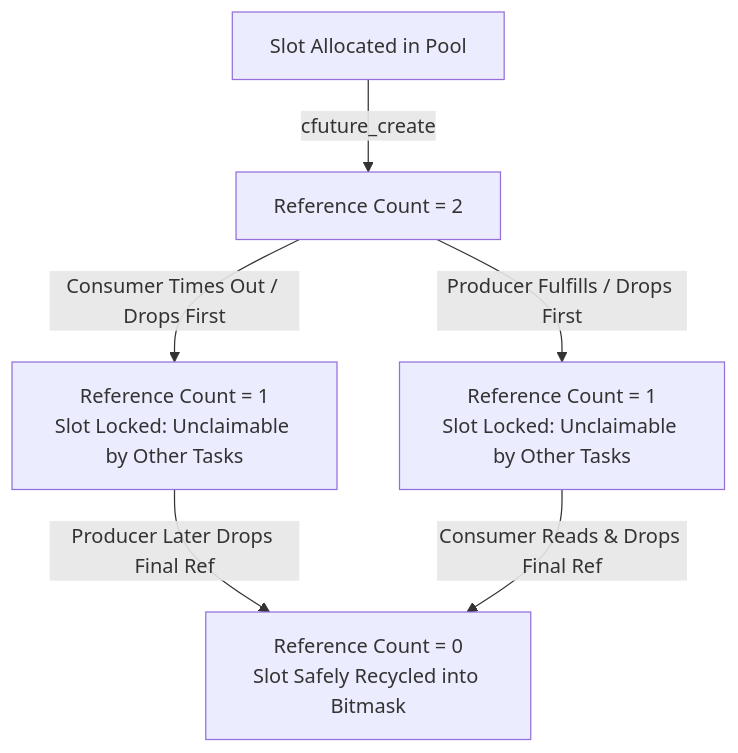
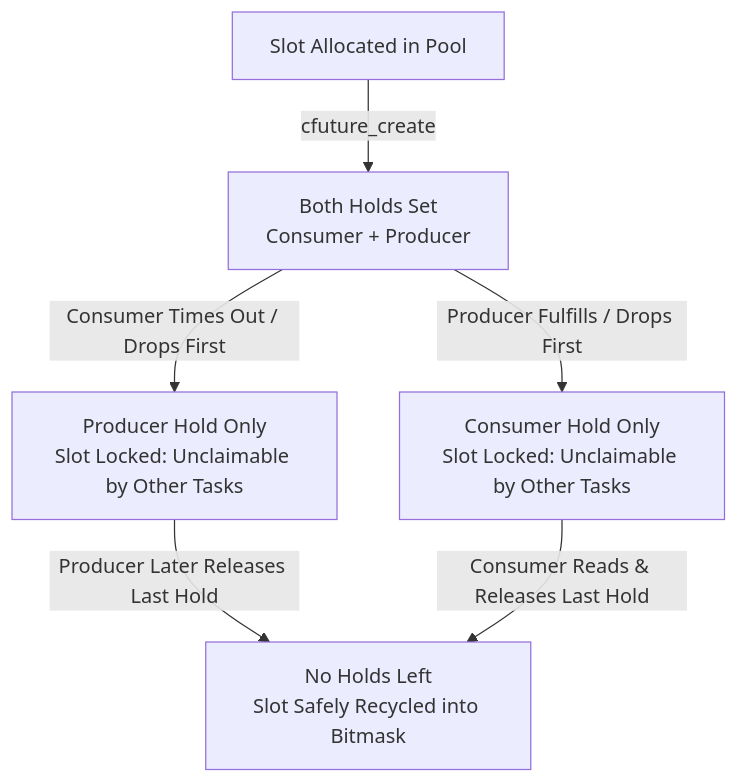
Before and after one commit to Mrunmoy/janus: the first of 6 diagrams in README.md, drawn with Mermaid. The commit also changed other lines of this file and 7 other files, not shown here.

Commit message:
docs: replace reference-count wording with hold bits and fix all stale claims

````diff
--- a/README.md
+++ b/README.md
@@ -207,10 +207,10 @@
 ```mermaid
 graph TD
-    INIT[Slot Allocated in Pool] -->|cfuture_create| RC2[Reference Count = 2]
+    INIT[Slot Allocated in Pool] -->|cfuture_create| RC2[Both Holds Set<br/>Consumer + Producer]
     
-    RC2 -->|Consumer Times Out / Drops First| RC1_CONS[Reference Count = 1<br/>Slot Locked: Unclaimable by Other Tasks]
-    RC2 -->|Producer Fulfills / Drops First| RC1_PROD[Reference Count = 1<br/>Slot Locked: Unclaimable by Other Tasks]
+    RC2 -->|Consumer Times Out / Drops First| RC1_CONS[Producer Hold Only<br/>Slot Locked: Unclaimable by Other Tasks]
+    RC2 -->|Producer Fulfills / Drops First| RC1_PROD[Consumer Hold Only<br/>Slot Locked: Unclaimable by Other Tasks]
     
-    RC1_CONS -->|Producer Later Drops Final Ref| RC0[Reference Count = 0<br/>Slot Safely Recycled into Bitmask]
-    RC1_PROD -->|Consumer Reads & Drops Final Ref| RC0
+    RC1_CONS -->|Producer Later Releases Last Hold| RC0[No Holds Left<br/>Slot Safely Recycled into Bitmask]
+    RC1_PROD -->|Consumer Reads & Releases Last Hold| RC0
 ```
````
